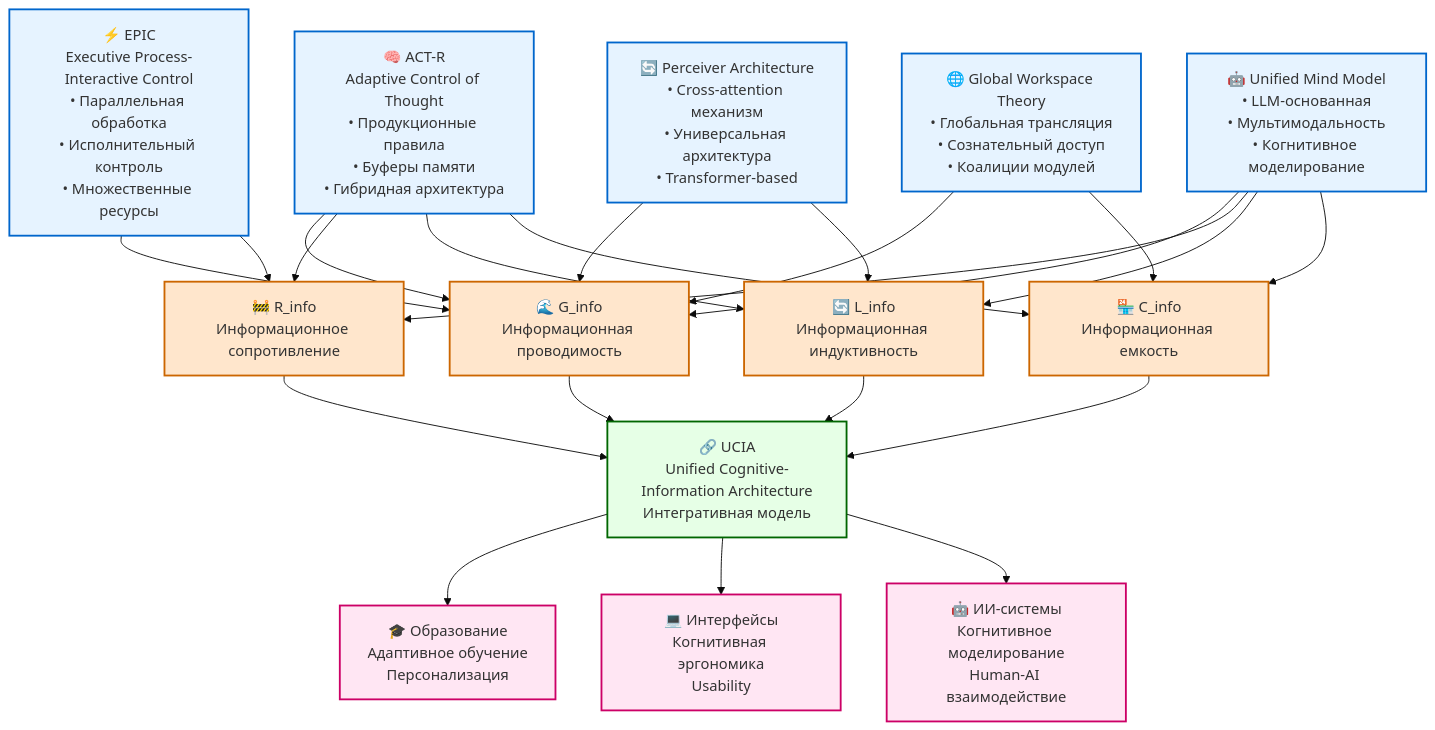
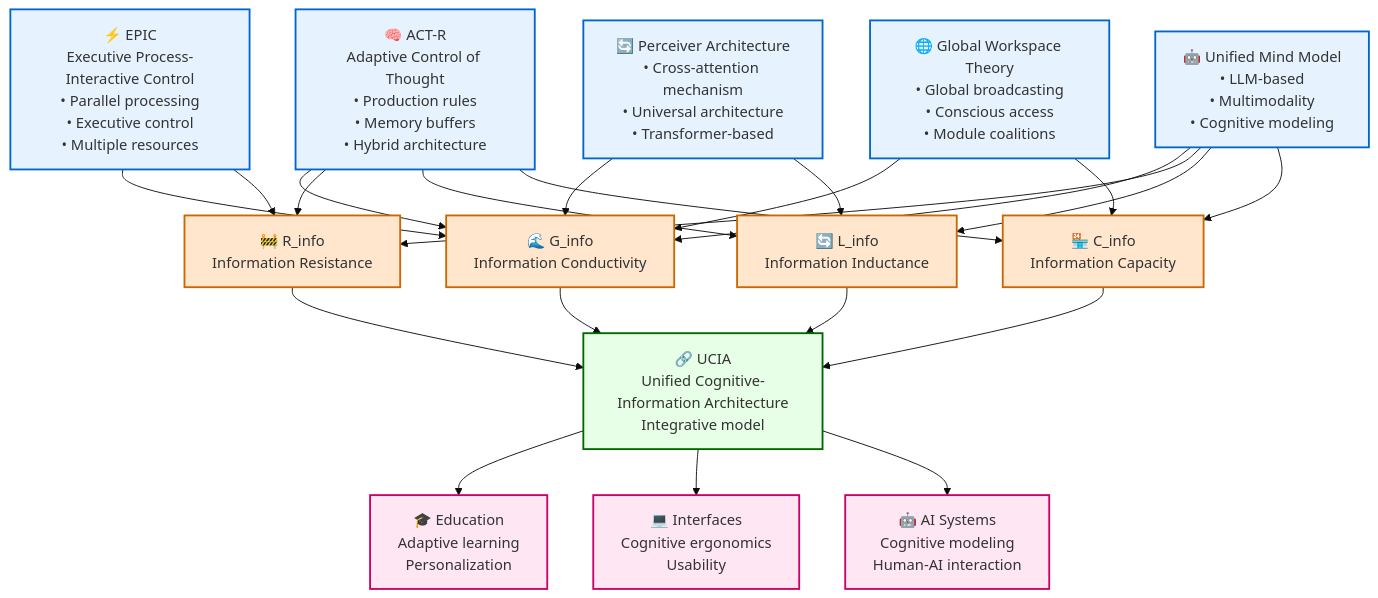
One commit to eaprelsky/infodynamics changed the diagram in diagrams/02_cognitive_architectures.md. Above: the diagram before and after it, drawn with Mermaid (base theme). The commit also changed other lines of this file and 75 other files, not shown here.

````diff
--- a/diagrams/02_cognitive_architectures.md
+++ b/diagrams/02_cognitive_architectures.md
@@ -8,73 +8,73 @@
 ```mermaid
 graph TD
-    %% Когнитивные архитектуры
-    ACT["🧠 ACT-R<br/>Adaptive Control of Thought<br/>• Продукционные правила<br/>• Буферы памяти<br/>• Гибридная архитектура"]
+    %% Cognitive architectures
+    ACT["🧠 ACT-R<br/>Adaptive Control of Thought<br/>• Production rules<br/>• Memory buffers<br/>• Hybrid architecture"]
     
-    EPIC["⚡ EPIC<br/>Executive Process-Interactive Control<br/>• Параллельная обработка<br/>• Исполнительный контроль<br/>• Множественные ресурсы"]
+    EPIC["⚡ EPIC<br/>Executive Process-Interactive Control<br/>• Parallel processing<br/>• Executive control<br/>• Multiple resources"]
     
-    GWT["🌐 Global Workspace Theory<br/>• Глобальная трансляция<br/>• Сознательный доступ<br/>• Коалиции модулей"]
+    GWT["🌐 Global Workspace Theory<br/>• Global broadcasting<br/>• Conscious access<br/>• Module coalitions"]
     
-    PERCEIVER["🔄 Perceiver Architecture<br/>• Cross-attention механизм<br/>• Универсальная архитектура<br/>• Transformer-based"]
+    PERCEIVER["🔄 Perceiver Architecture<br/>• Cross-attention mechanism<br/>• Universal architecture<br/>• Transformer-based"]
     
-    UMM["🤖 Unified Mind Model<br/>• LLM-основанная<br/>• Мультимодальность<br/>• Когнитивное моделирование"]
+    UMM["🤖 Unified Mind Model<br/>• LLM-based<br/>• Multimodality<br/>• Cognitive modeling"]
     
-    %% Information Dynamics компоненты
-    G_COMP["🌊 G_info<br/>Информационная проводимость"]
-    R_COMP["🚧 R_info<br/>Информационное сопротивление"] 
-    L_COMP["🔄 L_info<br/>Информационная индуктивность"]
-    C_COMP["🏪 C_info<br/>Информационная емкость"]
+    %% Information Dynamics components
+    G_COMP["🌊 G_info<br/>Information Conductivity"]
+    R_COMP["🚧 R_info<br/>Information Resistance"] 
+    L_COMP["🔄 L_info<br/>Information Inductance"]
+    C_COMP["🏪 C_info<br/>Information Capacity"]
     
-    %% Связи ACT-R
+    %% ACT-R connections
     ACT --> G_COMP
     ACT --> R_COMP
     ACT --> L_COMP
     ACT --> C_COMP
     
-    %% Связи EPIC
+    %% EPIC connections
     EPIC --> G_COMP
     EPIC --> R_COMP
     
-    %% Связи GWT
+    %% GWT connections
     GWT --> G_COMP
     GWT --> C_COMP
     
-    %% Связи Perceiver
+    %% Perceiver connections
     PERCEIVER --> G_COMP
     PERCEIVER --> L_COMP
     
-    %% Связи UMM
+    %% UMM connections
     UMM --> G_COMP
     UMM --> R_COMP
     UMM --> L_COMP
     UMM --> C_COMP
     
-    %% Интегративная модель
-    UCIA["🔗 UCIA<br/>Unified Cognitive-Information Architecture<br/>Интегративная модель"]
+    %% Integrative model
+    UCIA["🔗 UCIA<br/>Unified Cognitive-Information Architecture<br/>Integrative model"]
     
     G_COMP --> UCIA
     R_COMP --> UCIA
     L_COMP --> UCIA  
     C_COMP --> UCIA
     
-    %% Применения
-    EDU["🎓 Образование<br/>Адаптивное обучение<br/>Персонализация"]
+    %% Applications
+    EDU["🎓 Education<br/>Adaptive learning<br/>Personalization"]
     
-    UI["💻 Интерфейсы<br/>Когнитивная эргономика<br/>Usability"]
+    UI["💻 Interfaces<br/>Cognitive ergonomics<br/>Usability"]
     
-    AI["🤖 ИИ-системы<br/>Когнитивное моделирование<br/>Human-AI взаимодействие"]
+    AI["🤖 AI Systems<br/>Cognitive modeling<br/>Human-AI interaction"]
     
     UCIA --> EDU
     UCIA --> UI
     UCIA --> AI
     
-    %% Стили
+    %% Styles
     classDef architecture fill:#E6F3FF,stroke:#0066CC,stroke-width:2px
     classDef component fill:#FFE6CC,stroke:#CC6600,stroke-width:2px
     classDef integration fill:#E6FFE6,stroke:#006600,stroke-width:2px
     classDef application fill:#FFE6F3,stroke:#CC0066,stroke-width:2px
     
     class ACT,EPIC,GWT,PERCEIVER,UMM architecture
     class G_COMP,R_COMP,L_COMP,C_COMP component
     class UCIA integration
     class EDU,UI,AI application
 ```
````
